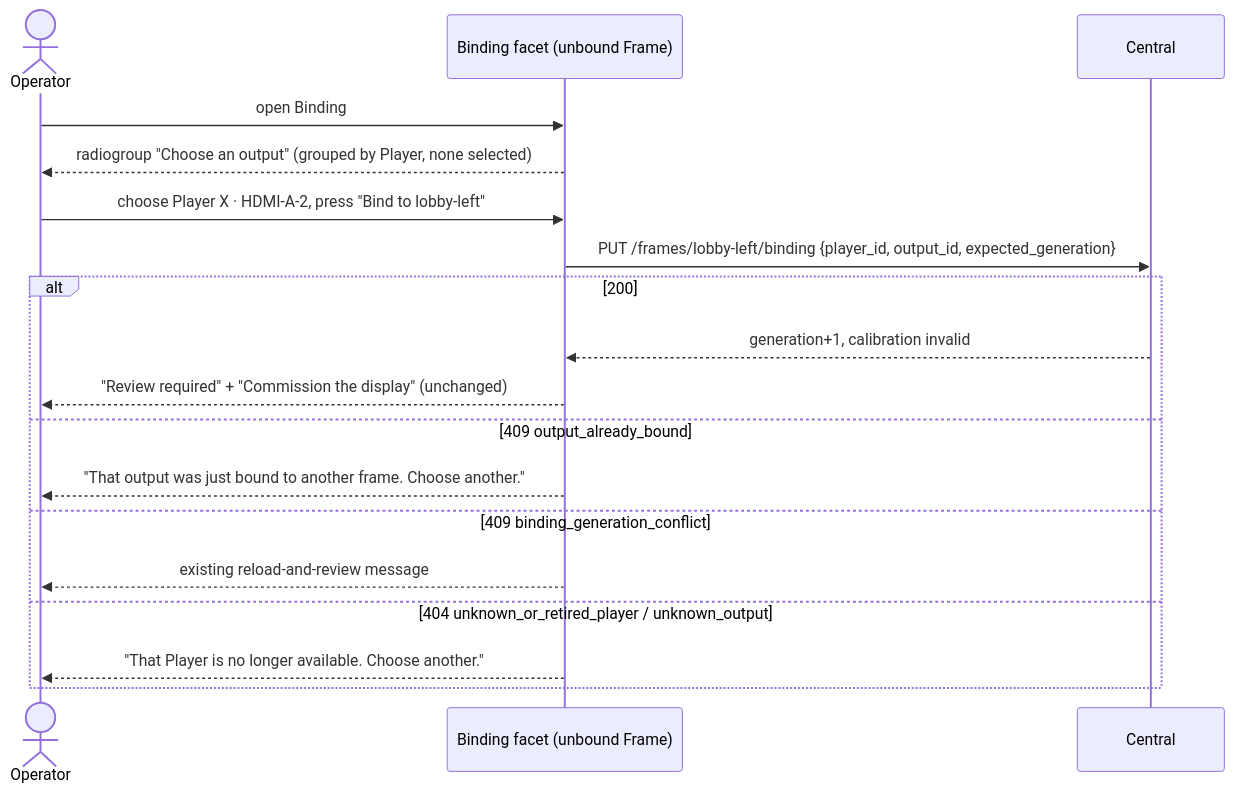
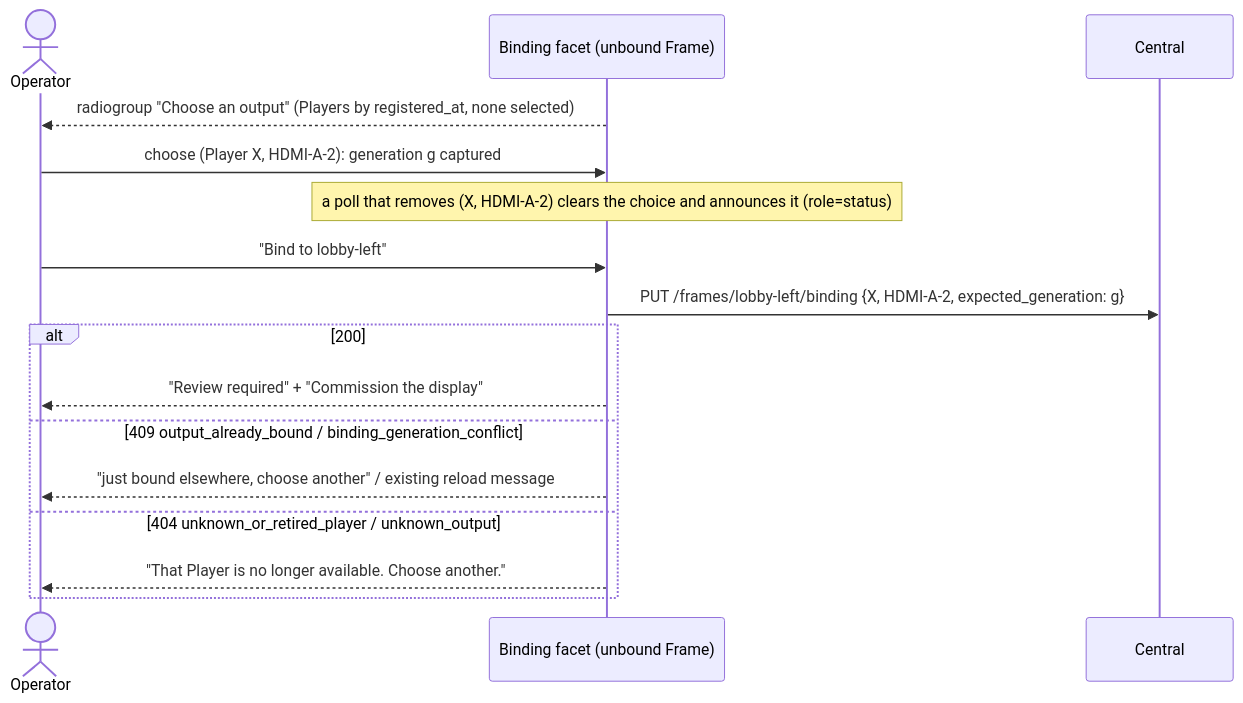
Before and after one commit to mcurcio/photo-wall: the third of 4 diagrams in docs/operator-console-ux-pass2-onboarding.md, drawn with Mermaid. The commit also changed other lines of this file, not shown here.

````diff
--- a/docs/operator-console-ux-pass2-onboarding.md
+++ b/docs/operator-console-ux-pass2-onboarding.md
@@ -100,20 +132,18 @@
 ```mermaid
 sequenceDiagram
   actor Op as Operator
   participant F as Binding facet (unbound Frame)
   participant API as Central
-  Op->>F: open Binding
-  F-->>Op: radiogroup "Choose an output" (grouped by Player, none selected)
-  Op->>F: choose Player X · HDMI-A-2, press "Bind to lobby-left"
-  F->>API: PUT /frames/lobby-left/binding {player_id, output_id, expected_generation}
+  F-->>Op: radiogroup "Choose an output" (Players by registered_at, none selected)
+  Op->>F: choose (Player X, HDMI-A-2): generation g captured
+  Note over F: a poll that removes (X, HDMI-A-2) clears the choice and announces it (role=status)
+  Op->>F: "Bind to lobby-left"
+  F->>API: PUT /frames/lobby-left/binding {X, HDMI-A-2, expected_generation: g}
   alt 200
-    API-->>F: generation+1, calibration invalid
-    F-->>Op: "Review required" + "Commission the display" (unchanged)
-  else 409 output_already_bound
-    F-->>Op: "That output was just bound to another frame. Choose another."
-  else 409 binding_generation_conflict
-    F-->>Op: existing reload-and-review message
+    F-->>Op: "Review required" + "Commission the display"
+  else 409 output_already_bound / binding_generation_conflict
+    F-->>Op: "just bound elsewhere, choose another" / existing reload message
   else 404 unknown_or_retired_player / unknown_output
     F-->>Op: "That Player is no longer available. Choose another."
   end
 ```
````
